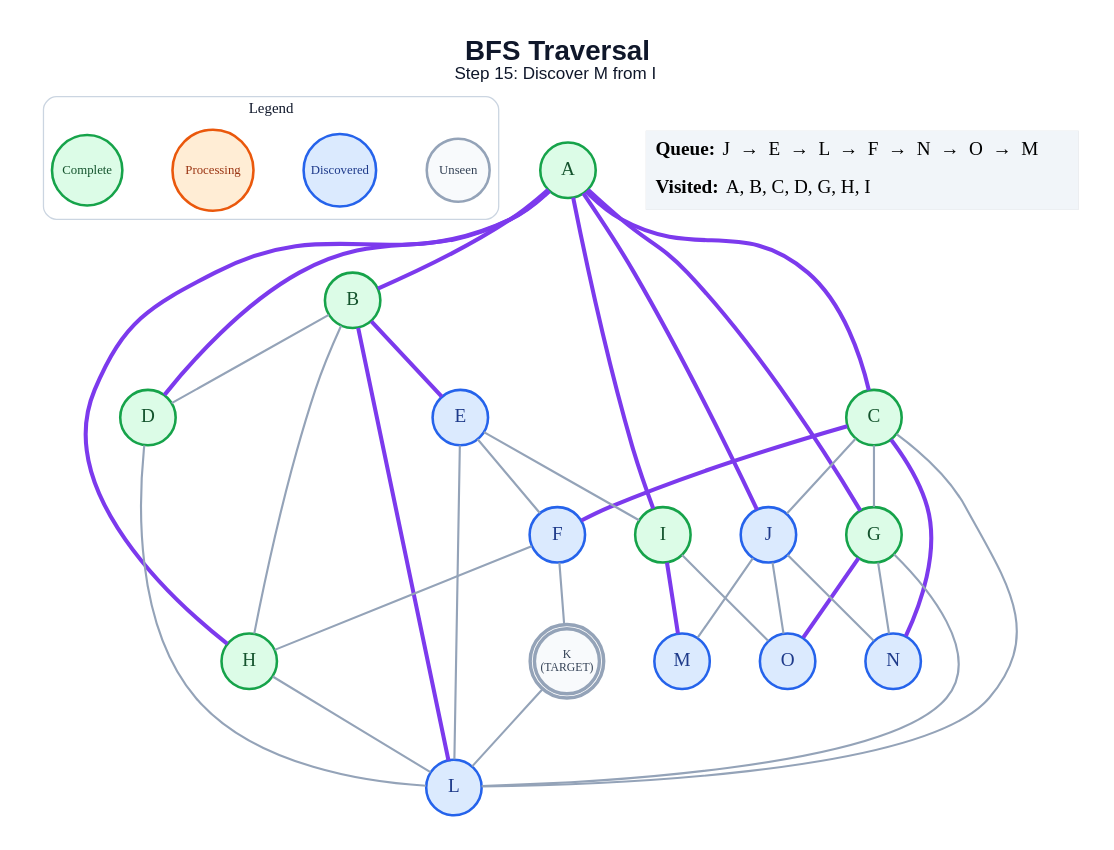
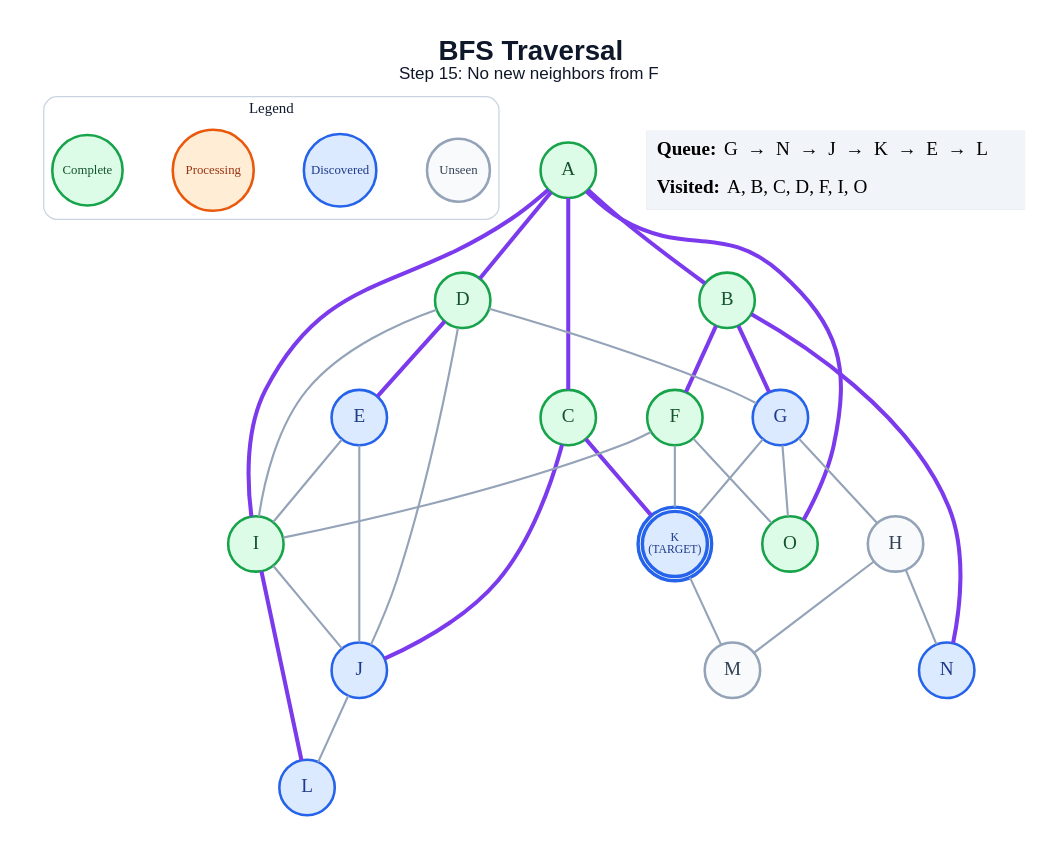
Before and after one commit to anon7238593-create/ai-slop: the diagram in generated/specific-node/bfs/step_15.dot, drawn with Graphviz. The commit also changed 257 other files, not shown here.

```diff
--- a/generated/specific-node/bfs/step_15.dot
+++ b/generated/specific-node/bfs/step_15.dot
@@ -1,66 +1,62 @@
 graph traversal {
   graph [layout=dot, rankdir=TB, bgcolor="#FFFFFF", pad="0.35", nodesep="0.65", ranksep="0.8", fontname="Arial"];
   node [shape=circle, style="filled", fontname="Arial Bold", fontsize=18, width=0.72, fixedsize=true, penwidth=2.4];
   edge [color="#94A3B8", penwidth=2.0];
-  label=<<B>BFS Traversal</B><BR/><FONT POINT-SIZE="16">Step 15: Discover M from I</FONT>>; labelloc="t"; fontsize=26; fontname="Arial"; fontcolor="#0F172A";
+  label=<<B>BFS Traversal</B><BR/><FONT POINT-SIZE="16">Step 15: No new neighbors from F</FONT>>; labelloc="t"; fontsize=26; fontname="Arial"; fontcolor="#0F172A";
   subgraph cluster_legend { label="Legend"; color="#CBD5E1"; penwidth=1.2; style="rounded"; fontsize=14; fontname="Arial Bold";
     key_unseen [label="Unseen", fillcolor="#F8FAFC", color="#94A3B8", fontcolor="#334155", fontsize=12, width=0.82];
     key_frontier [label="Discovered", fillcolor="#DBEAFE", color="#2563EB", fontcolor="#1E3A8A", fontsize=12, width=0.95];
     key_current [label="Processing", fillcolor="#FFEDD5", color="#EA580C", fontcolor="#9A3412", fontsize=12, width=1.05];
     key_done [label="Complete", fillcolor="#DCFCE7", color="#16A34A", fontcolor="#14532D", fontsize=12, width=0.92];
     { rank=same; key_unseen; key_frontier; key_current; key_done; }
   }
   A [label="A", fillcolor="#DCFCE7", color="#16A34A", fontcolor="#14532D", peripheries=1, penwidth=2.4];
   B [label="B", fillcolor="#DCFCE7", color="#16A34A", fontcolor="#14532D", peripheries=1, penwidth=2.4];
   C [label="C", fillcolor="#DCFCE7", color="#16A34A", fontcolor="#14532D", peripheries=1, penwidth=2.4];
   D [label="D", fillcolor="#DCFCE7", color="#16A34A", fontcolor="#14532D", peripheries=1, penwidth=2.4];
   E [label="E", fillcolor="#DBEAFE", color="#2563EB", fontcolor="#1E3A8A", peripheries=1, penwidth=2.4];
-  F [label="F", fillcolor="#DBEAFE", color="#2563EB", fontcolor="#1E3A8A", peripheries=1, penwidth=2.4];
-  G [label="G", fillcolor="#DCFCE7", color="#16A34A", fontcolor="#14532D", peripheries=1, penwidth=2.4];
-  H [label="H", fillcolor="#DCFCE7", color="#16A34A", fontcolor="#14532D", peripheries=1, penwidth=2.4];
+  F [label="F", fillcolor="#DCFCE7", color="#16A34A", fontcolor="#14532D", peripheries=1, penwidth=2.4];
+  G [label="G", fillcolor="#DBEAFE", color="#2563EB", fontcolor="#1E3A8A", peripheries=1, penwidth=2.4];
+  H [label="H", fillcolor="#F8FAFC", color="#94A3B8", fontcolor="#334155", peripheries=1, penwidth=2.4];
   I [label="I", fillcolor="#DCFCE7", color="#16A34A", fontcolor="#14532D", peripheries=1, penwidth=2.4];
   J [label="J", fillcolor="#DBEAFE", color="#2563EB", fontcolor="#1E3A8A", peripheries=1, penwidth=2.4];
-  K [label="K\n(TARGET)", fillcolor="#F8FAFC", color="#94A3B8", fontcolor="#334155", peripheries=2, penwidth=3.2, fontsize=11, width=0.85, height=0.85];
+  K [label="K\n(TARGET)", fillcolor="#DBEAFE", color="#2563EB", fontcolor="#1E3A8A", peripheries=2, penwidth=3.2, fontsize=11, width=0.85, height=0.85];
   L [label="L", fillcolor="#DBEAFE", color="#2563EB", fontcolor="#1E3A8A", peripheries=1, penwidth=2.4];
-  M [label="M", fillcolor="#DBEAFE", color="#2563EB", fontcolor="#1E3A8A", peripheries=1, penwidth=2.4];
+  M [label="M", fillcolor="#F8FAFC", color="#94A3B8", fontcolor="#334155", peripheries=1, penwidth=2.4];
   N [label="N", fillcolor="#DBEAFE", color="#2563EB", fontcolor="#1E3A8A", peripheries=1, penwidth=2.4];
-  O [label="O", fillcolor="#DBEAFE", color="#2563EB", fontcolor="#1E3A8A", peripheries=1, penwidth=2.4];
+  O [label="O", fillcolor="#DCFCE7", color="#16A34A", fontcolor="#14532D", peripheries=1, penwidth=2.4];
   A -- B [color="#7C3AED", penwidth=3.8];
   A -- C [color="#7C3AED", penwidth=3.8];
   A -- D [color="#7C3AED", penwidth=3.8];
-  A -- G [color="#7C3AED", penwidth=3.8];
-  A -- H [color="#7C3AED", penwidth=3.8];
   A -- I [color="#7C3AED", penwidth=3.8];
-  A -- J [color="#7C3AED", penwidth=3.8];
-  B -- D;
-  B -- E [color="#7C3AED", penwidth=3.8];
-  B -- H;
-  B -- L [color="#7C3AED", penwidth=3.8];
-  C -- F [color="#7C3AED", penwidth=3.8];
-  C -- G;
-  C -- J;
-  C -- L;
-  C -- N [color="#7C3AED", penwidth=3.8];
-  D -- L;
-  E -- F;
+  A -- O [color="#7C3AED", penwidth=3.8];
+  B -- F [color="#7C3AED", penwidth=3.8];
+  B -- G [color="#7C3AED", penwidth=3.8];
+  B -- N [color="#7C3AED", penwidth=3.8];
+  C -- J [color="#7C3AED", penwidth=3.8];
+  C -- K [color="#7C3AED", penwidth=3.8];
+  D -- E [color="#7C3AED", penwidth=3.8];
+  D -- G;
+  D -- I;
+  D -- J;
   E -- I;
-  E -- L;
-  F -- H;
+  E -- J;
+  F -- I;
   F -- K;
-  G -- L;
-  G -- N;
-  G -- O [color="#7C3AED", penwidth=3.8];
-  H -- L;
-  I -- M [color="#7C3AED", penwidth=3.8];
-  I -- O;
-  J -- M;
-  J -- N;
-  J -- O;
-  K -- L;
+  F -- O;
+  G -- H;
+  G -- K;
+  G -- O;
+  H -- M;
+  H -- N;
+  I -- J;
+  I -- L [color="#7C3AED", penwidth=3.8];
+  J -- L;
+  K -- M;
   status [shape=plain, fixedsize=false, width=0, height=0, margin=0, label=<
     <TABLE BORDER="0" CELLBORDER="0" CELLPADDING="7" BGCOLOR="#F1F5F9">
-      <TR><TD ALIGN="LEFT"><B>Queue:</B> J  →  E  →  L  →  F  →  N  →  O  →  M</TD></TR>
-      <TR><TD ALIGN="LEFT"><B>Visited:</B> A, B, C, D, G, H, I</TD></TR>
+      <TR><TD ALIGN="LEFT"><B>Queue:</B> G  →  N  →  J  →  K  →  E  →  L</TD></TR>
+      <TR><TD ALIGN="LEFT"><B>Visited:</B> A, B, C, D, F, I, O</TD></TR>
     </TABLE>
   >];
 }
```
